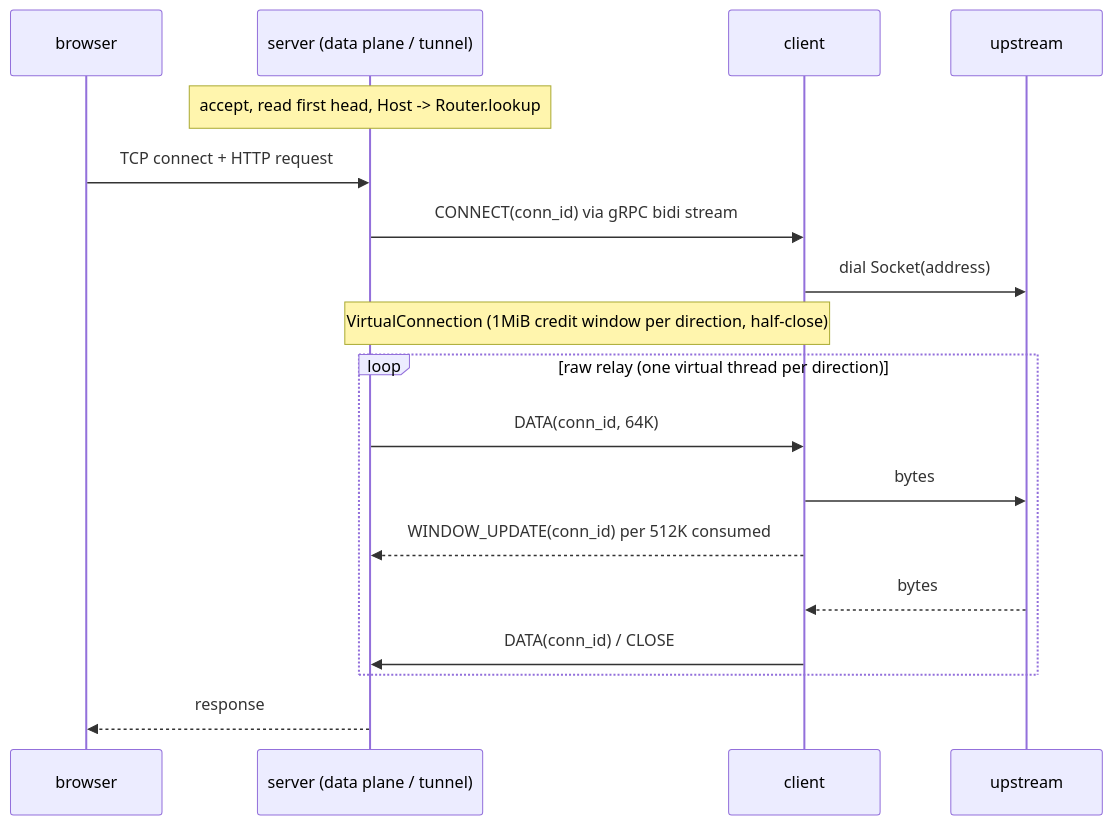
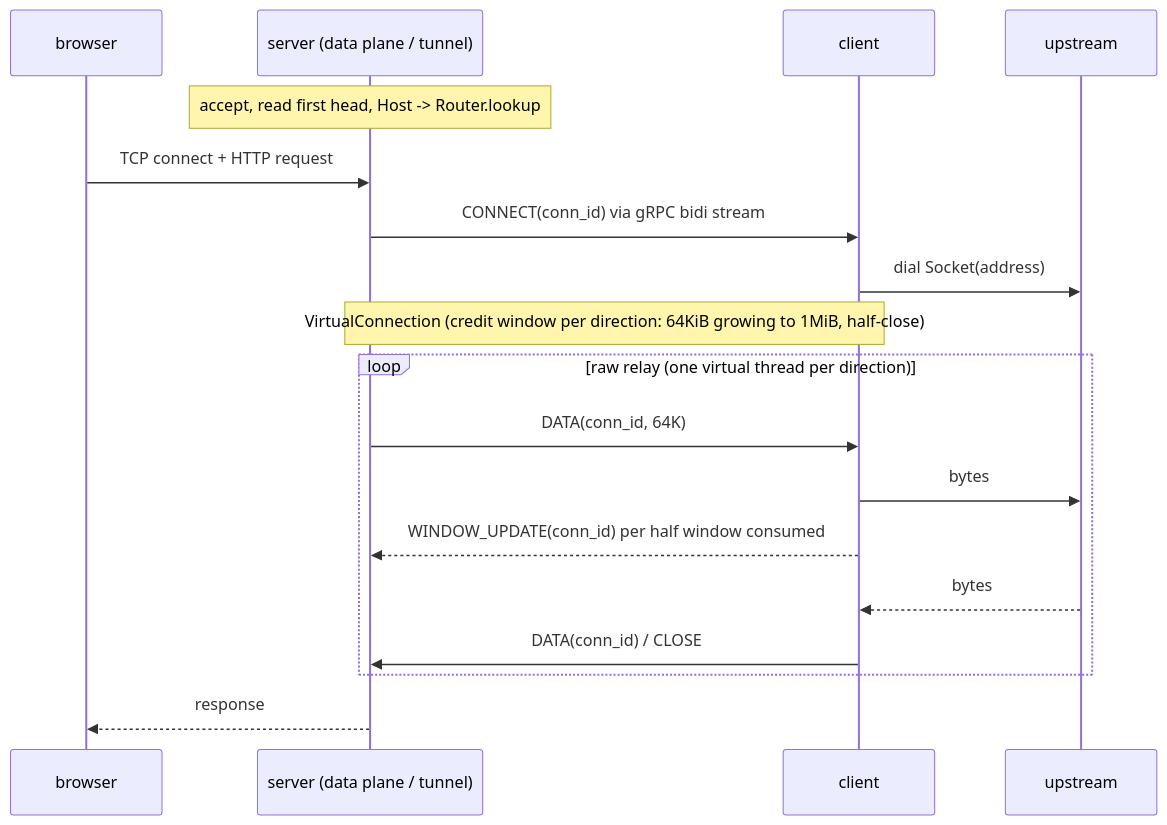
Before and after one commit to making/sluice: the second of 3 diagrams in README.md, drawn with Mermaid. The commit also changed other lines of this file and 32 other files, not shown here.

````diff
--- a/README.md
+++ b/README.md
@@ -40,21 +40,21 @@
 ```mermaid
 sequenceDiagram
     participant B as browser
     participant S as server (data plane / tunnel)
     participant C as client
     participant U as upstream
 
     Note over S: accept, read first head, Host -> Router.lookup
     B ->> S: TCP connect + HTTP request
     S ->> C: CONNECT(conn_id) via gRPC bidi stream
     C ->> U: dial Socket(address)
-    Note over S,C: VirtualConnection (1MiB credit window per direction, half-close)
+    Note over S,C: VirtualConnection (credit window per direction: 64KiB growing to 1MiB, half-close)
     loop raw relay (one virtual thread per direction)
         S ->> C: DATA(conn_id, 64K)
         C ->> U: bytes
-        C -->> S: WINDOW_UPDATE(conn_id) per 512K consumed
+        C -->> S: WINDOW_UPDATE(conn_id) per half window consumed
         U -->> C: bytes
         C ->> S: DATA(conn_id) / CLOSE
     end
     S -->> B: response
 ```
````
